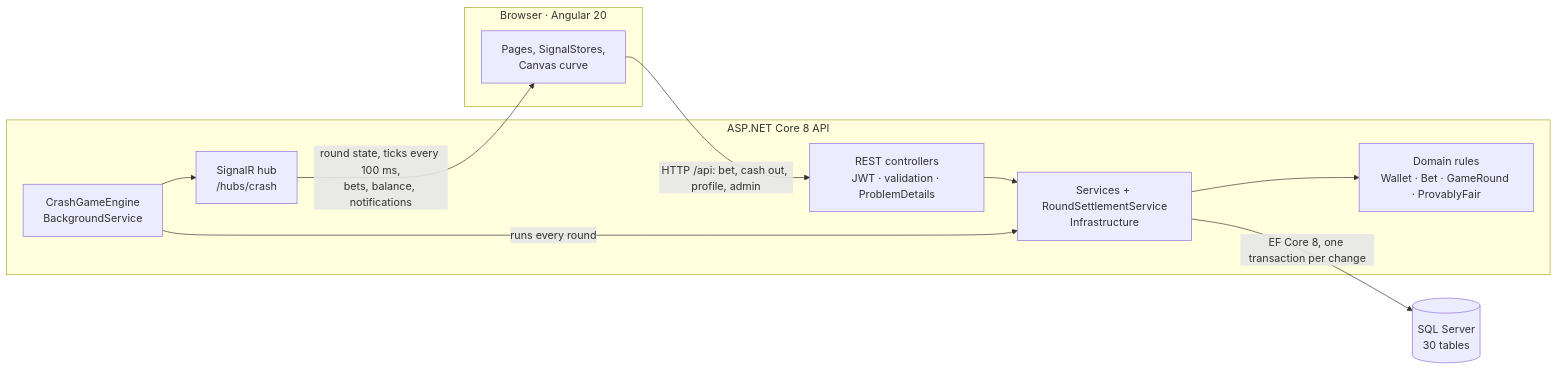
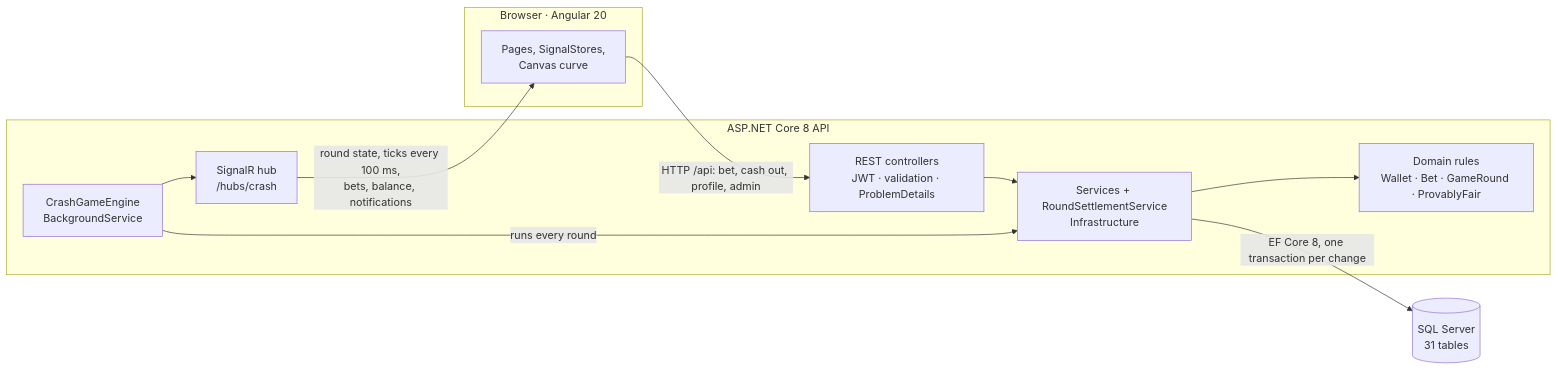
One commit to Chachi011/Veltrix changed the diagram in README.md. Above: the diagram before and after it, drawn with Mermaid. The commit also changed other lines of this file and 6 other files, not shown here.

````diff
--- a/README.md
+++ b/README.md
@@ -39,21 +39,21 @@
 ```mermaid
 flowchart LR
     subgraph B["Browser · Angular 20"]
         P["Pages, SignalStores,<br/>Canvas curve"]
     end
     subgraph S["ASP.NET Core 8 API"]
         R["REST controllers<br/>JWT · validation · ProblemDetails"]
         H["SignalR hub<br/>/hubs/crash"]
         E["CrashGameEngine<br/>BackgroundService"]
         SV["Services + RoundSettlementService<br/>Infrastructure"]
         D["Domain rules<br/>Wallet · Bet · GameRound · ProvablyFair"]
     end
-    DB[("SQL Server<br/>30 tables")]
+    DB[("SQL Server<br/>31 tables")]
     P -- "HTTP /api: bet, cash out, profile, admin" --> R
     R --> SV
     E -- "runs every round" --> SV
     SV --> D
     SV -- "EF Core 8, one transaction per change" --> DB
     E --> H
     H -- "round state, ticks every 100 ms,<br/>bets, balance, notifications" --> P
 ```
````
